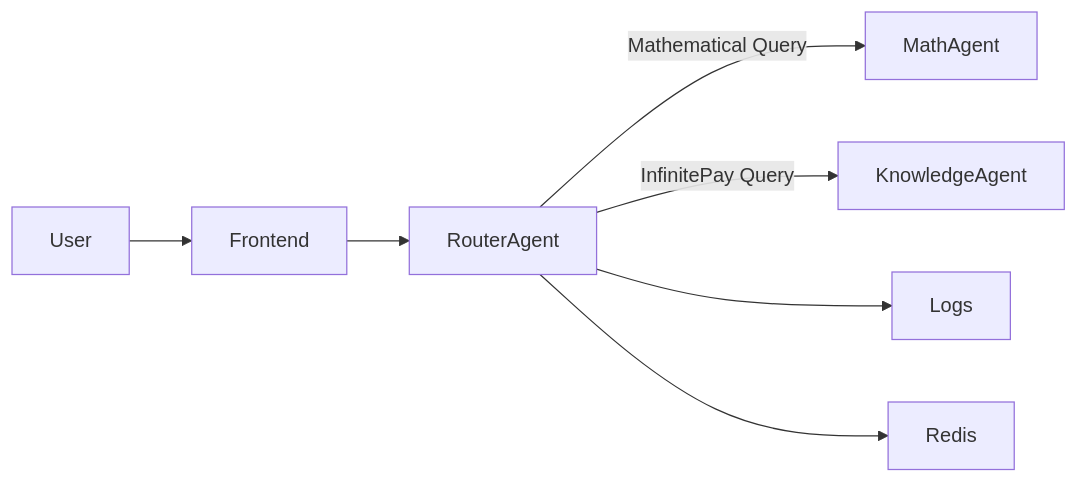
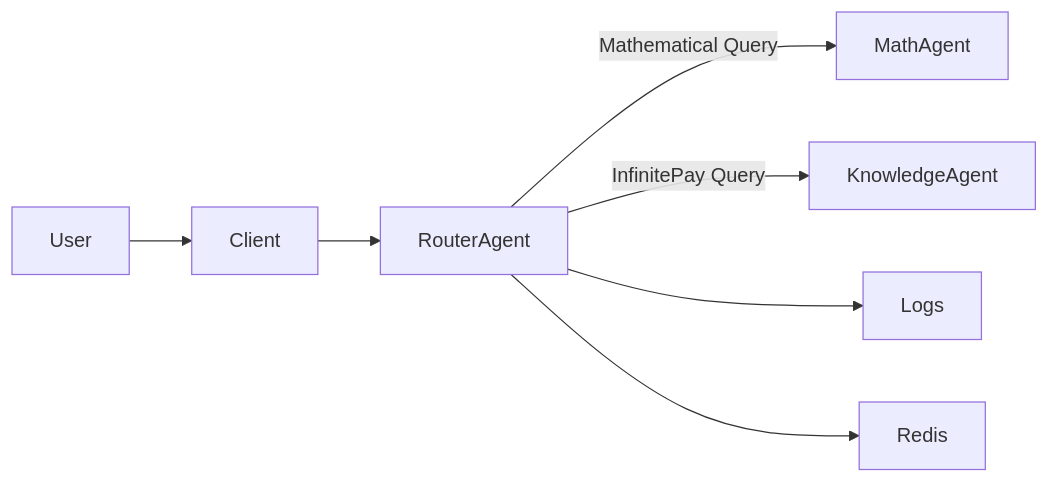
Before and after one commit to JeffersonCanuto/IzzyBot: the diagram in README.md, drawn with Mermaid. The commit also changed other lines of this file and 17 other files, not shown here.

```diff
--- a/README.md
+++ b/README.md
@@ -140,8 +189,8 @@
 ~~~mermaid
 flowchart LR
-    User --> Frontend --> RouterAgent
+    User --> Client --> RouterAgent
     RouterAgent -->|Mathematical Query| MathAgent
     RouterAgent -->|InfinitePay Query| KnowledgeAgent
     RouterAgent --> Logs
     RouterAgent --> Redis
 ~~~
```
